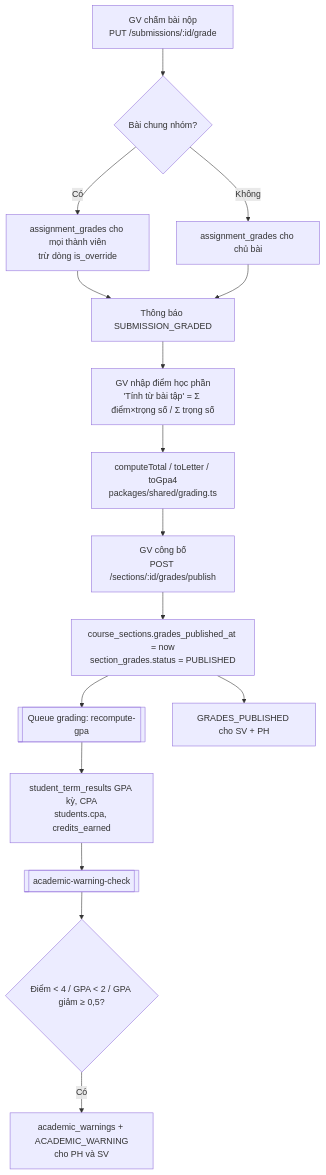
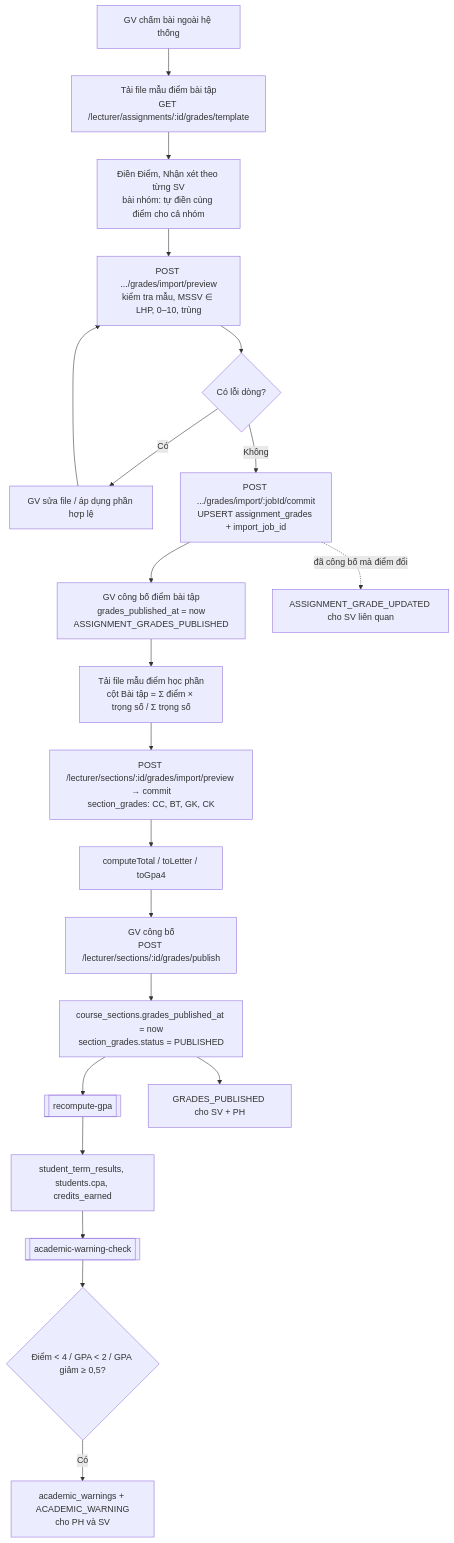
Before and after one commit to Tuaanss/-ATN: the ninth of 12 diagrams in docs/ModuleFlows.md, drawn with Mermaid. The commit also changed other lines of this file and 165 other files, not shown here.

````diff
--- a/docs/ModuleFlows.md
+++ b/docs/ModuleFlows.md
@@ -316,18 +344,23 @@
 ```mermaid
 flowchart TD
-  A[GV chấm bài nộp<br/>PUT /submissions/:id/grade] --> B{Bài chung nhóm?}
-  B -- Có --> C[assignment_grades cho mọi thành viên<br/>trừ dòng is_override]
-  B -- Không --> D[assignment_grades cho chủ bài]
-  C --> E[Thông báo SUBMISSION_GRADED]
-  D --> E
-  E --> F[GV nhập điểm học phần<br/>'Tính từ bài tập' = Σ điểm×trọng số / Σ trọng số]
-  F --> G[computeTotal / toLetter / toGpa4<br/>packages/shared/grading.ts]
-  G --> H[GV công bố<br/>POST /sections/:id/grades/publish]
-  H --> I[course_sections.grades_published_at = now<br/>section_grades.status = PUBLISHED]
-  I --> J[[Queue grading: recompute-gpa]]
-  J --> K[student_term_results GPA kỳ, CPA<br/>students.cpa, credits_earned]
-  K --> L[[academic-warning-check]]
-  L --> M{Điểm < 4 / GPA < 2 / GPA giảm ≥ 0,5?}
-  M -- Có --> N[academic_warnings + ACADEMIC_WARNING<br/>cho PH và SV]
-  I --> O[GRADES_PUBLISHED cho SV + PH]
+  A[GV chấm bài ngoài hệ thống] --> B[Tải file mẫu điểm bài tập<br/>GET /lecturer/assignments/:id/grades/template]
+  B --> C[Điền Điểm, Nhận xét theo từng SV<br/>bài nhóm: tự điền cùng điểm cho cả nhóm]
+  C --> D[POST .../grades/import/preview<br/>kiểm tra mẫu, MSSV ∈ LHP, 0–10, trùng]
+  D --> E{Có lỗi dòng?}
+  E -- Có --> D2[GV sửa file / áp dụng phần hợp lệ]
+  D2 --> D
+  E -- Không --> F[POST .../grades/import/:jobId/commit<br/>UPSERT assignment_grades + import_job_id]
+  F --> G[GV công bố điểm bài tập<br/>grades_published_at = now<br/>ASSIGNMENT_GRADES_PUBLISHED]
+  F -. đã công bố mà điểm đổi .-> G2[ASSIGNMENT_GRADE_UPDATED cho SV liên quan]
+  G --> H[Tải file mẫu điểm học phần<br/>cột Bài tập = Σ điểm × trọng số / Σ trọng số]
+  H --> I[POST /lecturer/sections/:id/grades/import/preview → commit<br/>section_grades: CC, BT, GK, CK]
+  I --> J[computeTotal / toLetter / toGpa4]
+  J --> K[GV công bố<br/>POST /lecturer/sections/:id/grades/publish]
+  K --> L[course_sections.grades_published_at = now<br/>section_grades.status = PUBLISHED]
+  L --> M[[recompute-gpa]]
+  M --> N[student_term_results, students.cpa, credits_earned]
+  N --> O[[academic-warning-check]]
+  O --> P{Điểm < 4 / GPA < 2 / GPA giảm ≥ 0,5?}
+  P -- Có --> Q[academic_warnings + ACADEMIC_WARNING<br/>cho PH và SV]
+  L --> R[GRADES_PUBLISHED cho SV + PH]
 ```
````
